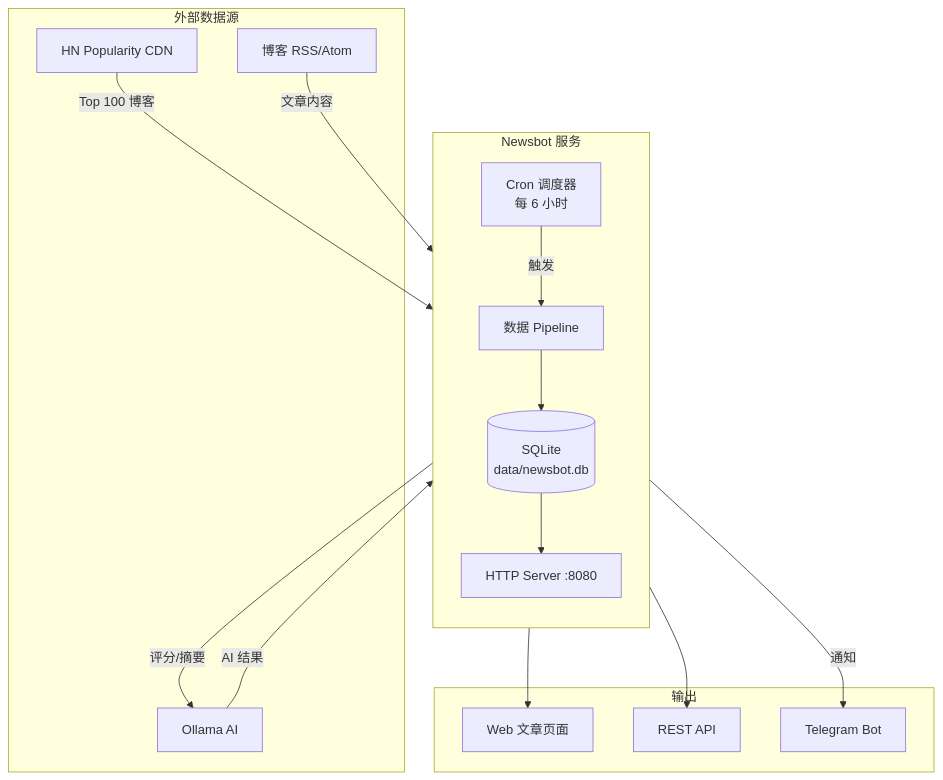
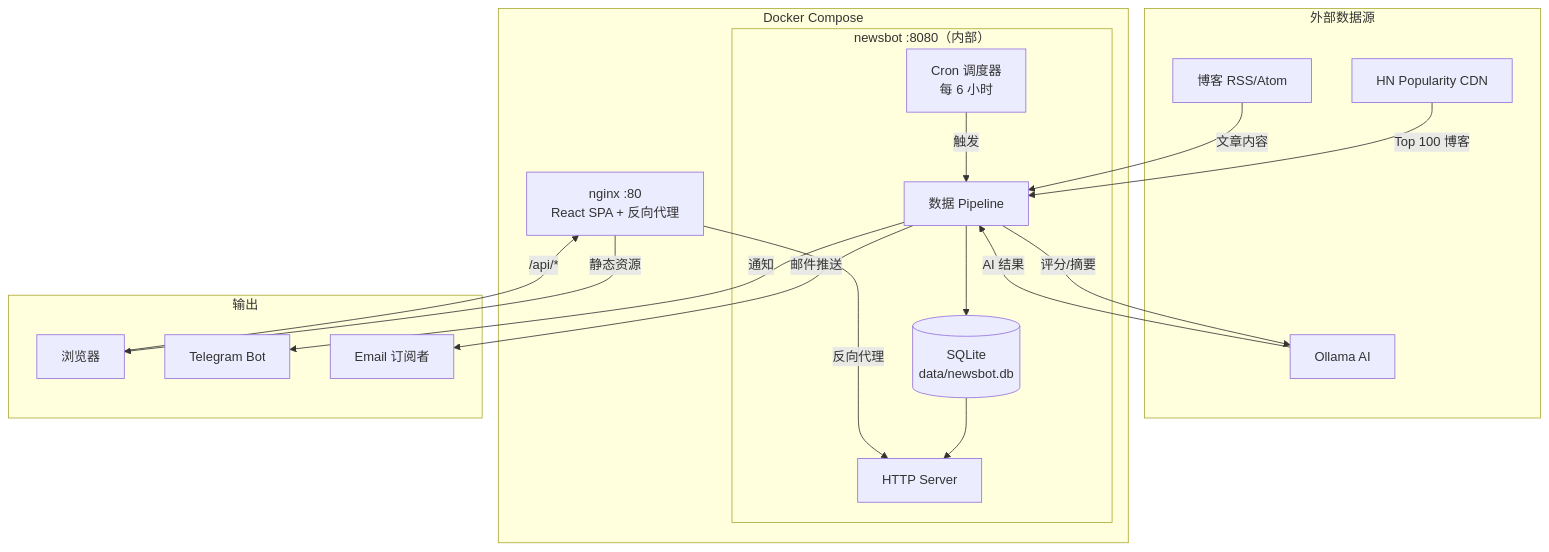
Before and after one commit to ChyiYaqing/newsbot: the first of 3 diagrams in README.md, drawn with Mermaid. The commit also changed other lines of this file and 13 other files, not shown here.

First line of the commit message:
Add email subscription: Gmail SMTP, subscribe/unsubscribe API, header form

````diff
--- a/README.md
+++ b/README.md
@@ -7,33 +7,37 @@
 ```mermaid
 graph TB
     subgraph External["外部数据源"]
         HN["HN Popularity CDN"]
         RSS["博客 RSS/Atom"]
         Ollama["Ollama AI"]
     end
 
-    subgraph Newsbot["Newsbot 服务"]
-        direction TB
-        Scheduler["Cron 调度器<br/>每 6 小时"]
-        Pipeline["数据 Pipeline"]
-        HTTP["HTTP Server :8080"]
-        DB[("SQLite<br/>data/newsbot.db")]
+    subgraph Deploy["Docker Compose"]
+        Nginx["nginx :80<br/>React SPA + 反向代理"]
+        subgraph Newsbot["newsbot :8080（内部）"]
+            Scheduler["Cron 调度器<br/>每 6 小时"]
+            Pipeline["数据 Pipeline"]
+            HTTP["HTTP Server"]
+            DB[("SQLite<br/>data/newsbot.db")]
+        end
     end
 
     subgraph Output["输出"]
-        Web["Web 文章页面"]
-        API["REST API"]
+        Browser["浏览器"]
         TG["Telegram Bot"]
+        Email["Email 订阅者"]
     end
 
     HN -->|Top 100 博客| Pipeline
     RSS -->|文章内容| Pipeline
     Pipeline -->|评分/摘要| Ollama
     Ollama -->|AI 结果| Pipeline
     Pipeline --> DB
     Scheduler -->|触发| Pipeline
     DB --> HTTP
-    HTTP --> Web
-    HTTP --> API
+    Browser -->|"/api/*"| Nginx
+    Nginx -->|反向代理| HTTP
+    Nginx -->|静态资源| Browser
     Pipeline -->|通知| TG
+    Pipeline -->|邮件推送| Email
 ```
````
